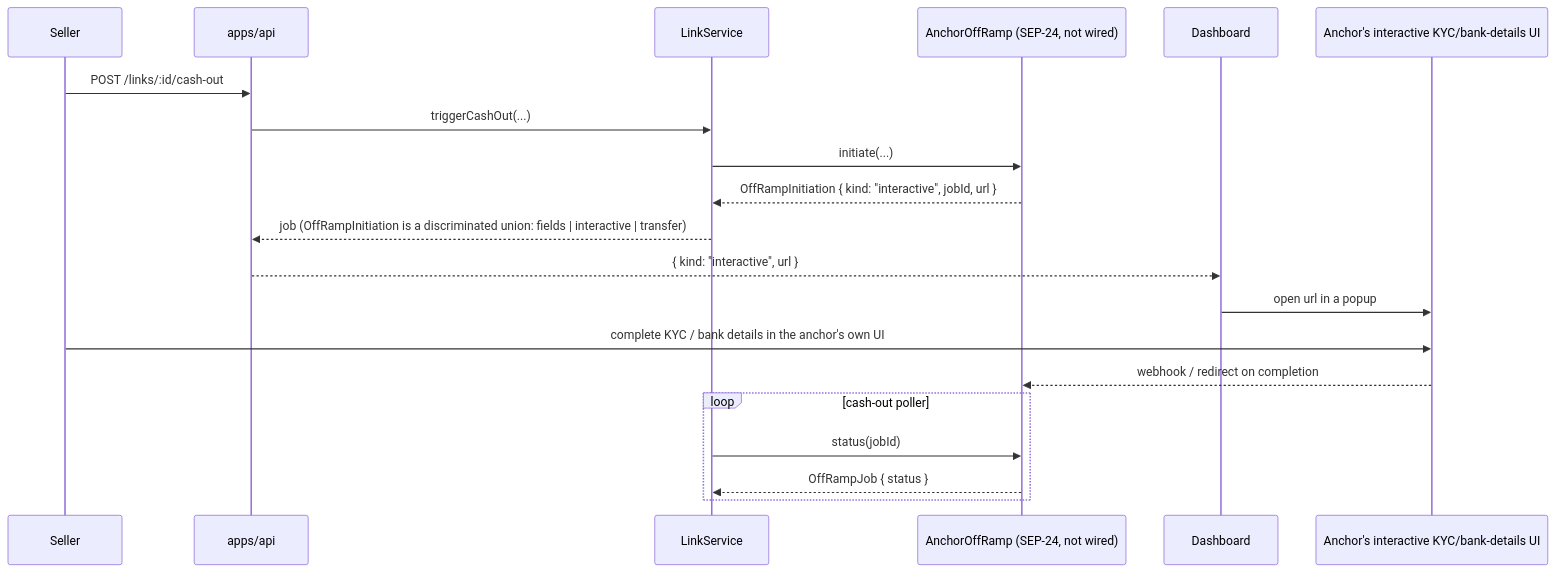
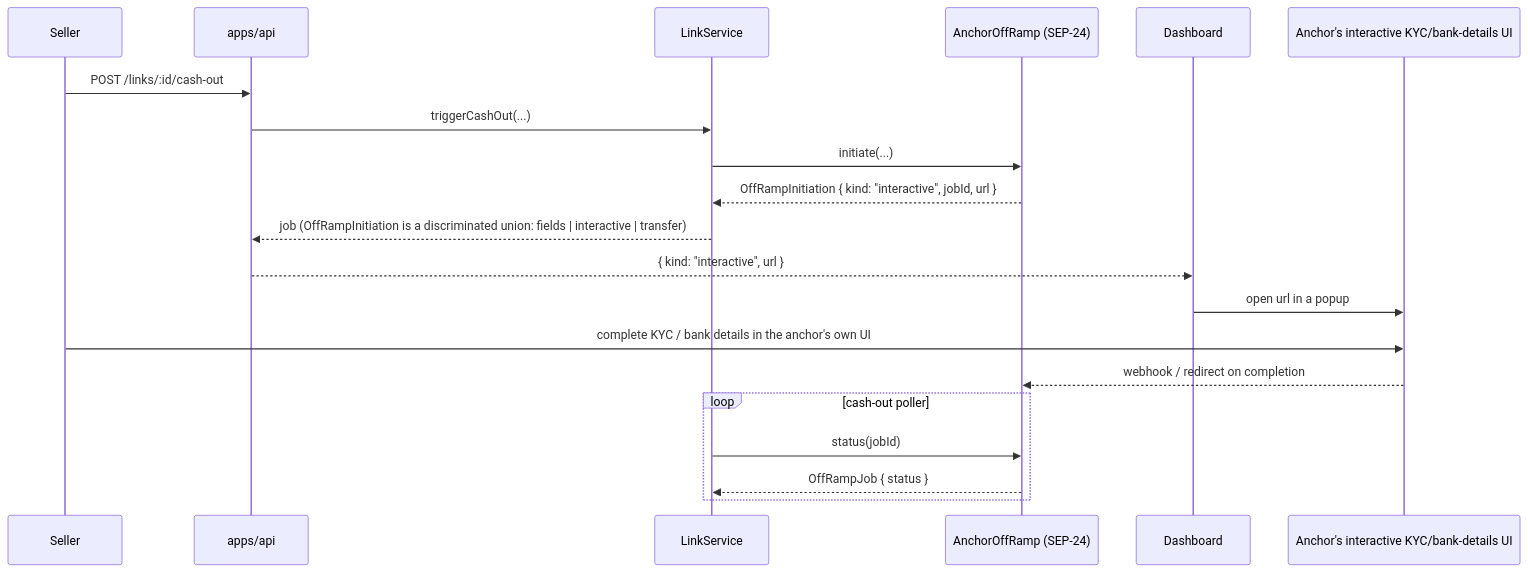
Before and after one commit to determined-001/Quay: the fifth of 6 diagrams in docs/ARCHITECTURE.md, drawn with Mermaid. The commit also changed other lines of this file and 22 other files, not shown here.

````diff
--- a/docs/ARCHITECTURE.md
+++ b/docs/ARCHITECTURE.md
@@ -265,23 +268,23 @@
 ```mermaid
 sequenceDiagram
   participant Seller
   participant API as apps/api
   participant LS as LinkService
-  participant Anchor as AnchorOffRamp (SEP-24, not wired)
+  participant Anchor as AnchorOffRamp (SEP-24)
   participant Dashboard
   participant AnchorUI as Anchor's interactive KYC/bank-details UI
 
   Seller->>API: POST /links/:id/cash-out
   API->>LS: triggerCashOut(...)
   LS->>Anchor: initiate(...)
   Anchor-->>LS: OffRampInitiation { kind: "interactive", jobId, url }
   LS-->>API: job (OffRampInitiation is a discriminated union: fields | interactive | transfer)
   API-->>Dashboard: { kind: "interactive", url }
   Dashboard->>AnchorUI: open url in a popup
   Seller->>AnchorUI: complete KYC / bank details in the anchor's own UI
   AnchorUI-->>Anchor: webhook / redirect on completion
   loop cash-out poller
     LS->>Anchor: status(jobId)
     Anchor-->>LS: OffRampJob { status }
   end
 ```
````
